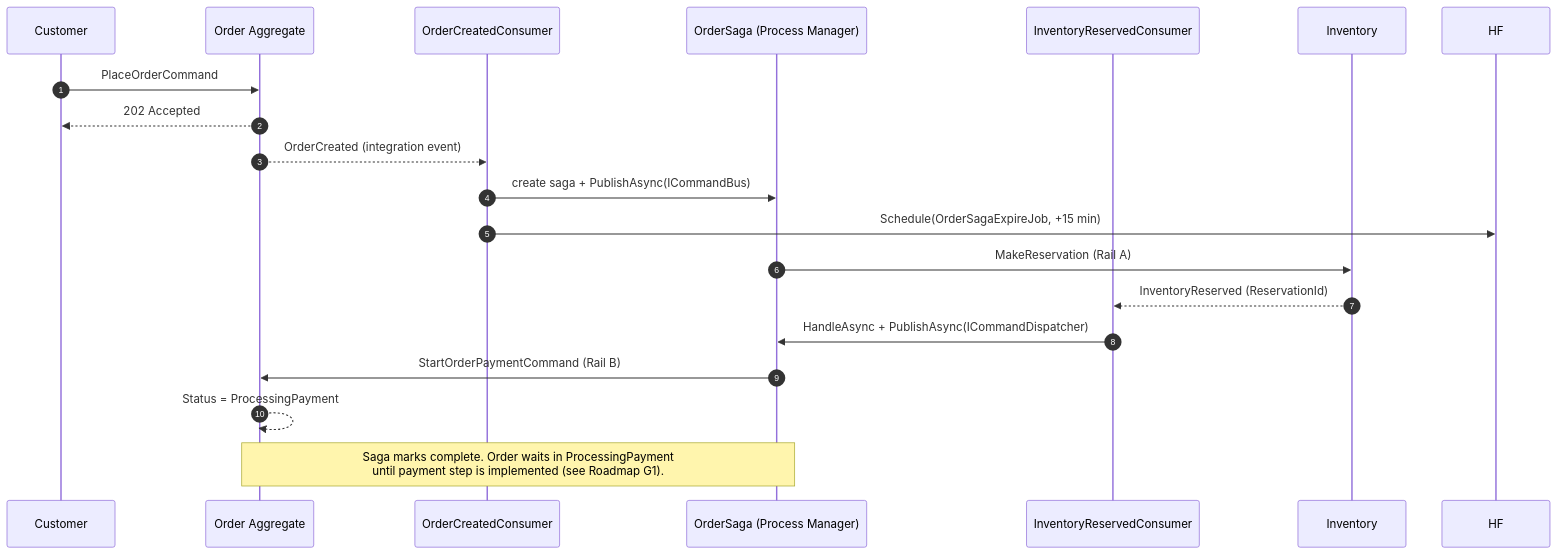
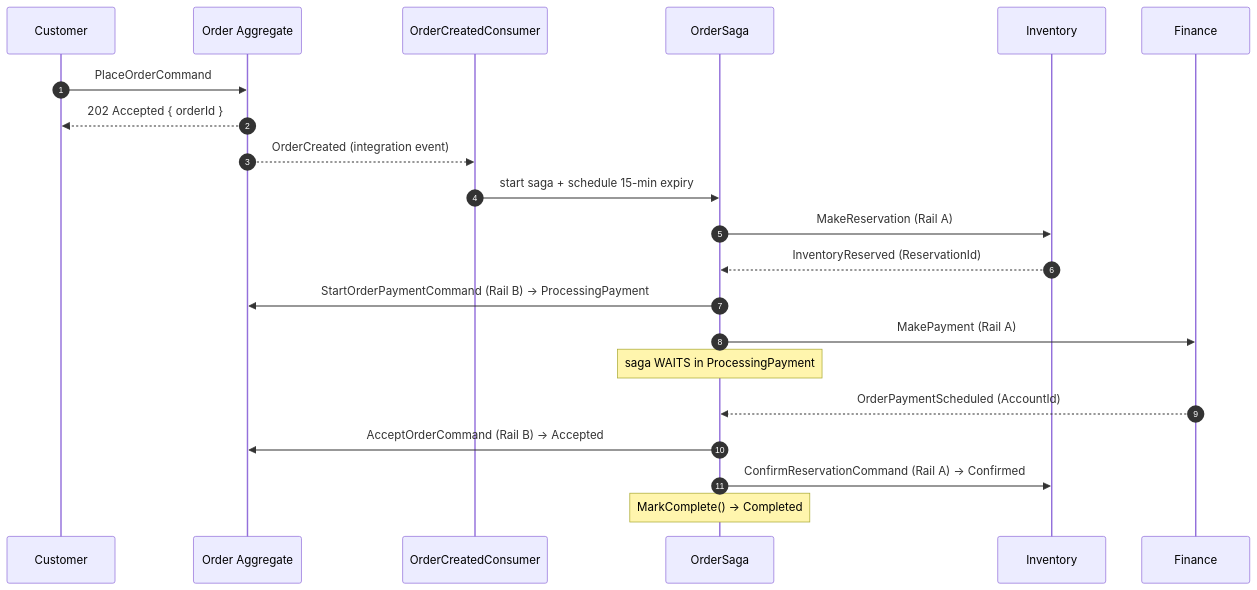
Before and after one commit to mnnam1302/EShop: diagram 13 of 17 in Order/src/EShop.Order.API/README.md, drawn with Mermaid. The commit also changed other lines of this file and 105 other files, not shown here.

First line of the commit message:
[EShop-2606] Introduce Finance service + Place-Order saga payment step (#71)

````diff
--- a/Order/src/EShop.Order.API/README.md
+++ b/Order/src/EShop.Order.API/README.md
@@ -293,23 +416,26 @@
 ```mermaid
 sequenceDiagram
     autonumber
     participant C   as Customer
     participant OA  as Order Aggregate
     participant OC  as OrderCreatedConsumer
-    participant PM  as OrderSaga (Process Manager)
-    participant IRC as InventoryReservedConsumer
+    participant PM  as OrderSaga
     participant INV as Inventory
+    participant FIN as Finance
 
     C->>OA: PlaceOrderCommand
-    OA-->>C: 202 Accepted
+    OA-->>C: 202 Accepted { orderId }
     OA-->>OC: OrderCreated (integration event)
-    OC->>PM: create saga + PublishAsync(ICommandBus)
-    OC->>HF: Schedule(OrderSagaExpireJob, +15 min)
+    OC->>PM: start saga + schedule 15-min expiry
     PM->>INV: MakeReservation (Rail A)
 
-    INV-->>IRC: InventoryReserved (ReservationId)
-    IRC->>PM: HandleAsync + PublishAsync(ICommandDispatcher)
-    PM->>OA: StartOrderPaymentCommand (Rail B)
-    OA-->>OA: Status = ProcessingPayment
-    Note over PM,OA: Saga marks complete. Order waits in ProcessingPayment<br/>until payment step is implemented (see Roadmap G1).
+    INV-->>PM: InventoryReserved (ReservationId)
+    PM->>OA: StartOrderPaymentCommand (Rail B) → ProcessingPayment
+    PM->>FIN: MakePayment (Rail A)
+    Note over PM: saga WAITS in ProcessingPayment
+
+    FIN-->>PM: OrderPaymentScheduled (AccountId)
+    PM->>OA: AcceptOrderCommand (Rail B) → Accepted
+    PM->>INV: ConfirmReservationCommand (Rail A) → Confirmed
+    Note over PM: MarkComplete() → Completed
 ```
````
